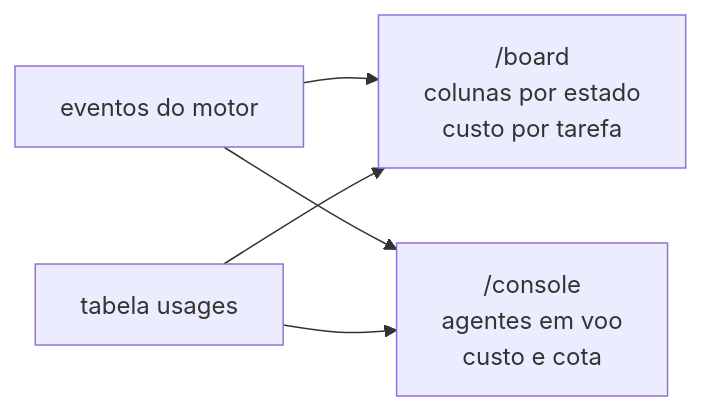
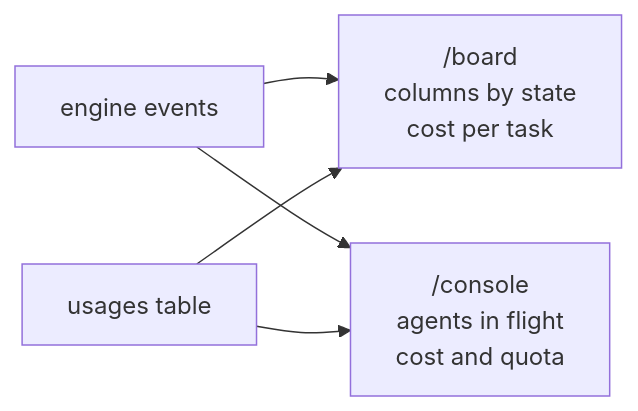
One commit to enzoconsulo/factory-tcc changed the diagram in docs/tasks/en/E7-dashboard-and-automation/FAB-702-live-task-board-and-console-with-cost.md. Above: the diagram before and after it, drawn with Mermaid. The commit also changed 52 other files, not shown here.

````diff
--- a/docs/tasks/en/E7-dashboard-and-automation/FAB-702-live-task-board-and-console-with-cost.md
+++ b/docs/tasks/en/E7-dashboard-and-automation/FAB-702-live-task-board-and-console-with-cost.md
@@ -11,7 +11,7 @@
 ```mermaid
 flowchart LR
-  E["eventos do motor"] --> B["/board<br/>colunas por estado<br/>custo por tarefa"]
-  E --> C["/console<br/>agentes em voo<br/>custo e cota"]
-  R["tabela usages"] --> B
+  E["engine events"] --> B["/board<br/>columns by state<br/>cost per task"]
+  E --> C["/console<br/>agents in flight<br/>cost and quota"]
+  R["usages table"] --> B
   R --> C
 ```
````
